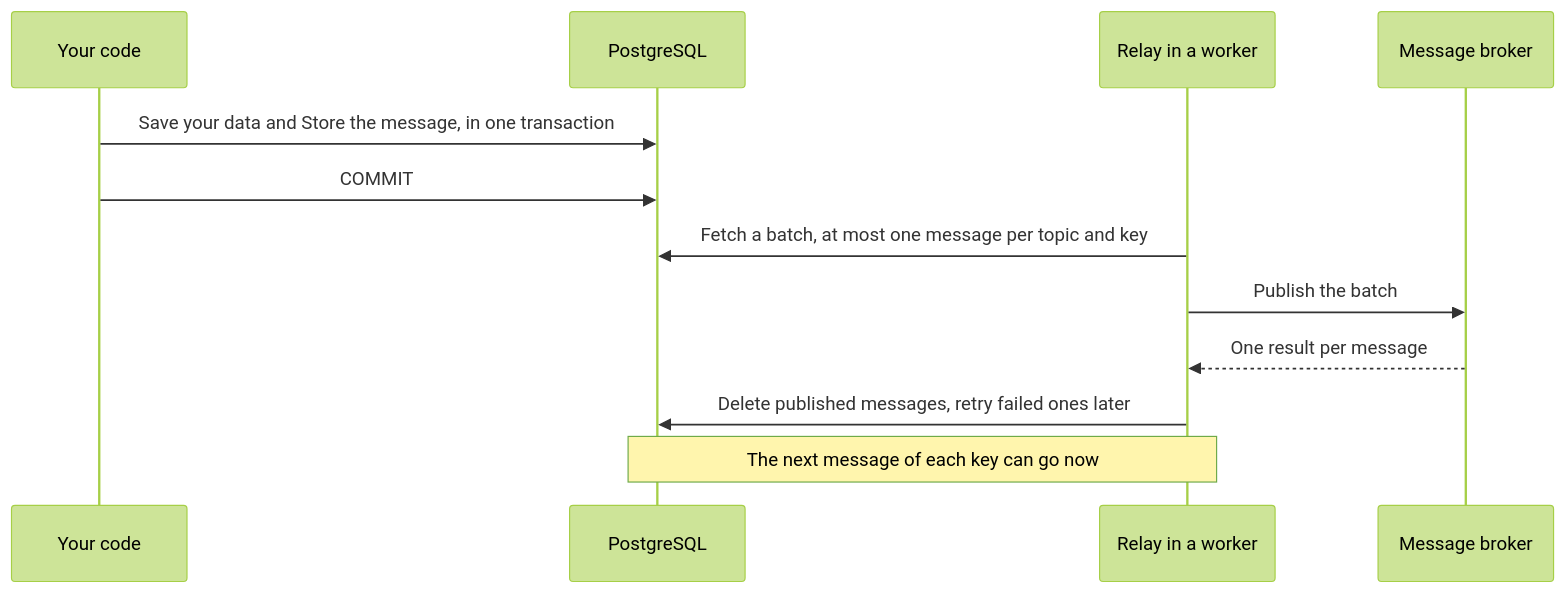
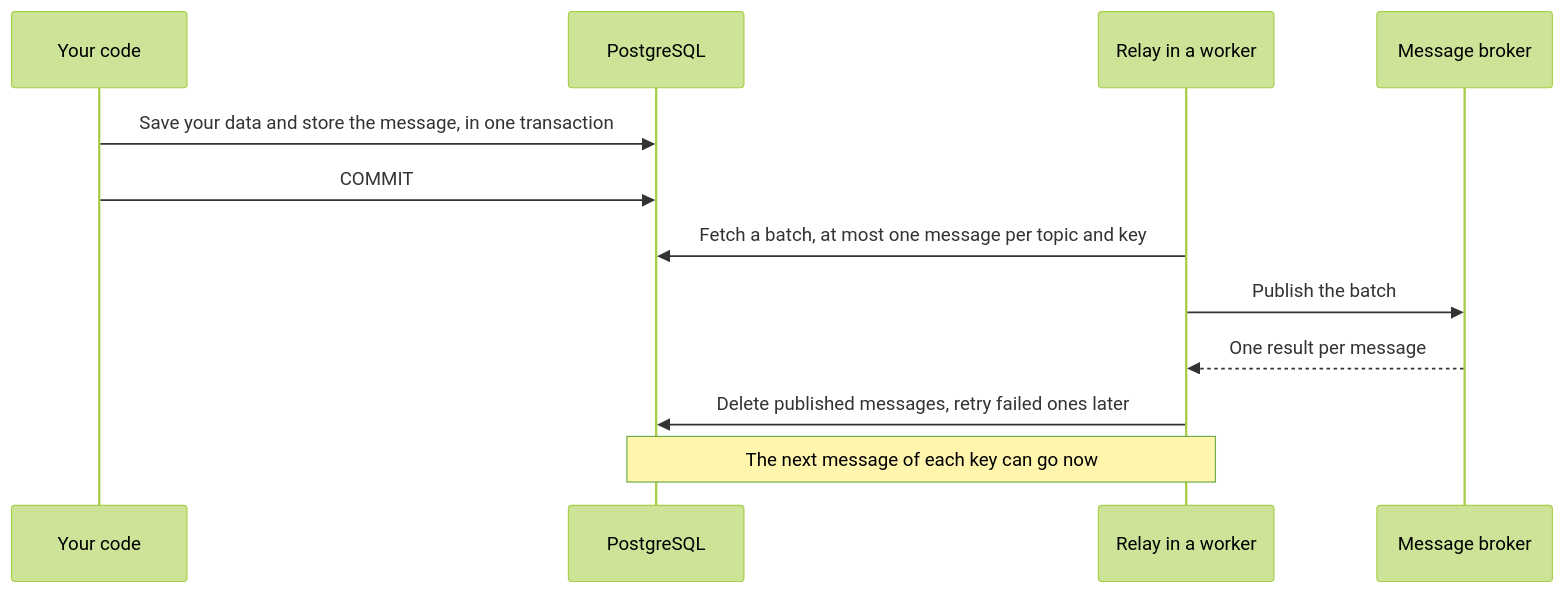
The diagram in docs/guides/outbox.md (code19m/taskmill), drawn with Mermaid (forest theme) before and after one commit. The commit also changed other lines of this file and 53 other files, not shown here.

````diff
--- a/docs/guides/outbox.md
+++ b/docs/guides/outbox.md
@@ -24,14 +24,14 @@
 ```mermaid
 sequenceDiagram
     participant App as Your code
     participant DB as PostgreSQL
     participant R as Relay in a worker
     participant B as Message broker
-    App->>DB: Save your data and Store the message, in one transaction
+    App->>DB: Save your data and store the message, in one transaction
     App->>DB: COMMIT
     R->>DB: Fetch a batch, at most one message per topic and key
     R->>B: Publish the batch
     B-->>R: One result per message
     R->>DB: Delete published messages, retry failed ones later
     Note over R,DB: The next message of each key can go now
 ```
````
